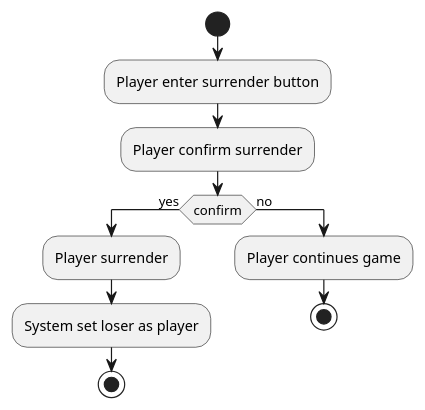
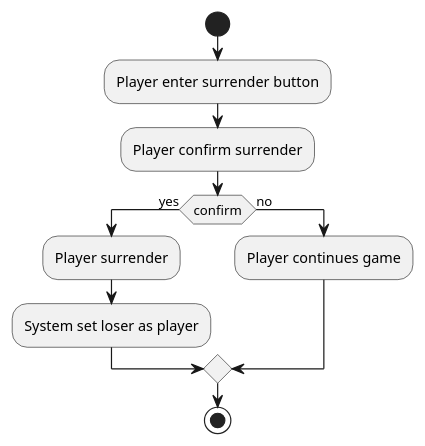
The diagram in activities/playerSurrender.pu (nthanq2505/PlantUML-for-ChessGame), drawn with PlantUML before and after one commit. The commit also changed 13 other files, not shown here.

```diff
--- a/activities/playerSurrender.pu
+++ b/activities/playerSurrender.pu
@@ -1,14 +1,14 @@
 @startuml
 
 start
 :Player enter surrender button;
 :Player confirm surrender;
 if (confirm) then (yes)
     :Player surrender;
     :System set loser as player;
-    stop
 else (no)
     :Player continues game; 
-    stop
+endif
+stop
 
 @enduml
```
